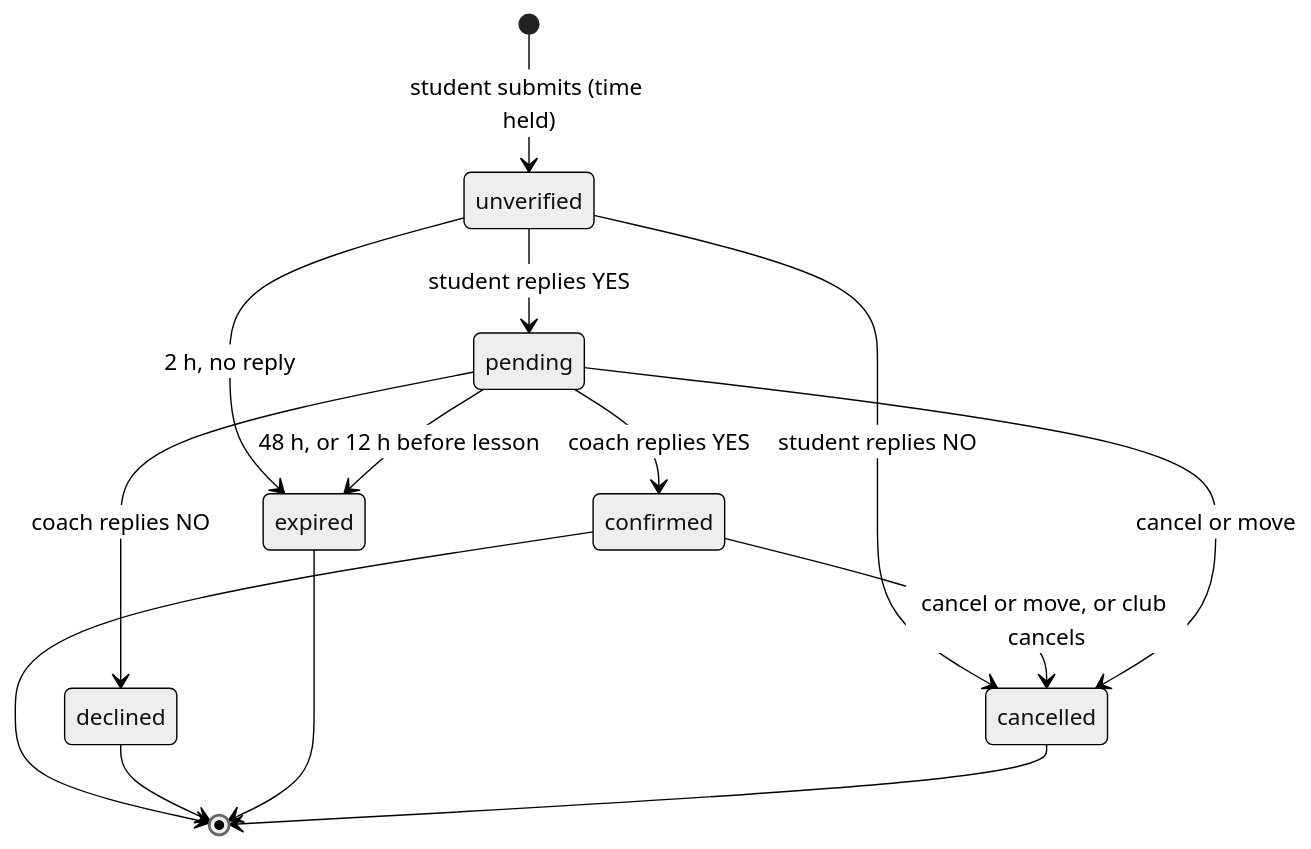
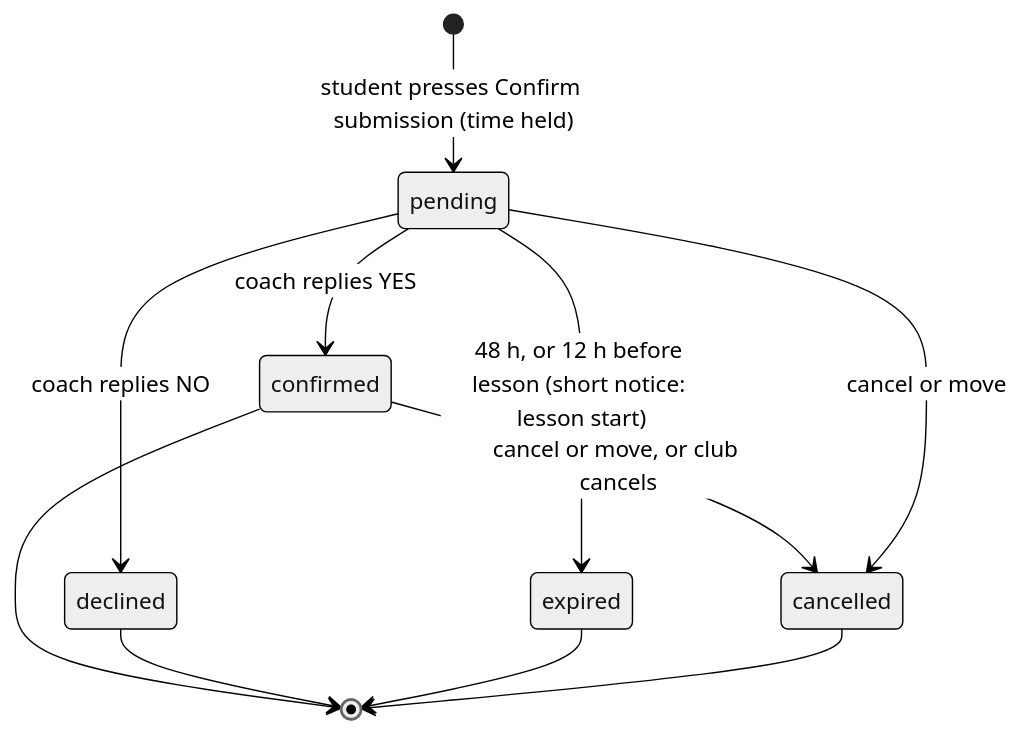
One commit to jb-cttc/concordtabletennisclub changed the diagram in docs/coaching-flow.md. Above: the diagram before and after it, drawn with Mermaid (neutral theme). The commit also changed other lines of this file and 6 other files, not shown here.

````diff
--- a/docs/coaching-flow.md
+++ b/docs/coaching-flow.md
@@ -133,16 +148,13 @@
 ```mermaid
 stateDiagram-v2
-    [*] --> unverified: student submits (time held)
-    unverified --> pending: student replies YES
-    unverified --> cancelled: student replies NO
-    unverified --> expired: 2 h, no reply
+    [*] --> pending: student presses Confirm submission (time held)
     pending --> confirmed: coach replies YES
     pending --> declined: coach replies NO
-    pending --> expired: 48 h, or 12 h before lesson
+    pending --> expired: 48 h, or 12 h before lesson (short notice: lesson start)
     confirmed --> cancelled: cancel or move, or club cancels
     pending --> cancelled: cancel or move
     confirmed --> [*]
     declined --> [*]
     expired --> [*]
     cancelled --> [*]
 ```
````
